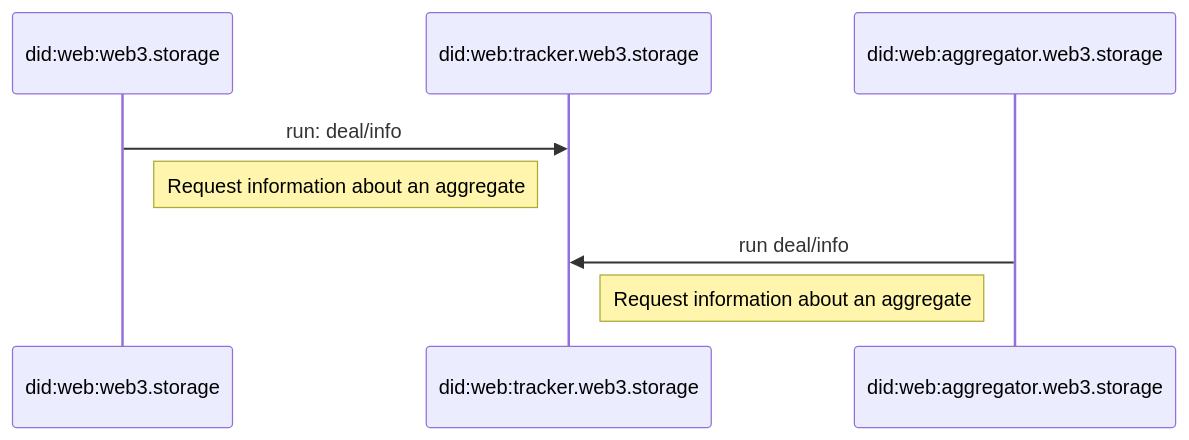
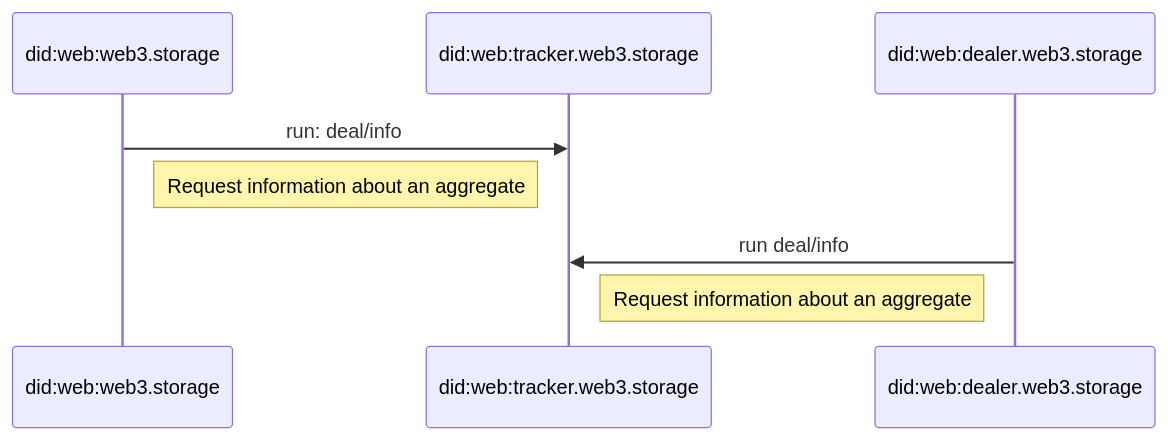
One commit to storacha/specs changed the fourth of 4 diagrams in w3-filecoin.md. Above: the diagram before and after it, drawn with Mermaid. The commit also changed other lines of this file, not shown here.

````diff
--- a/w3-filecoin.md
+++ b/w3-filecoin.md
@@ -220,11 +220,11 @@
 ```mermaid
 sequenceDiagram
     participant Storefront as <br/>did:web:web3.storage<br/>
     participant DealTracker as <br/>did:web:tracker.web3.storage<br/>
-    participant Aggregator as <br/>did:web:aggregator.web3.storage<br/>
+    participant Dealer as <br/>did:web:dealer.web3.storage<br/>
 
     Storefront->>DealTracker: run: deal/info
     Note left of DealTracker: Request information about an aggregate
-    Aggregator->>DealTracker: run deal/info
+    Dealer->>DealTracker: run deal/info
     Note right of DealTracker: Request information about an aggregate
 ```
````
